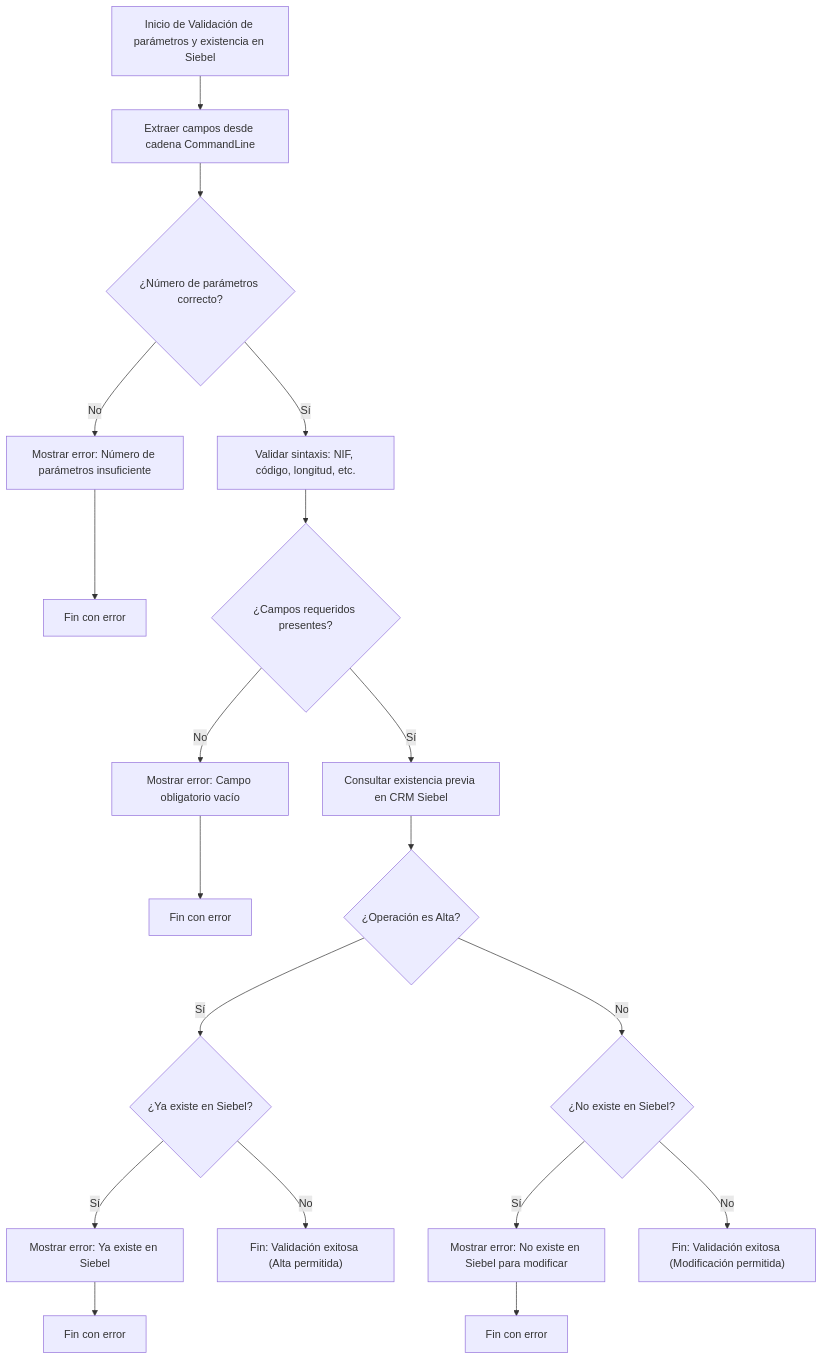
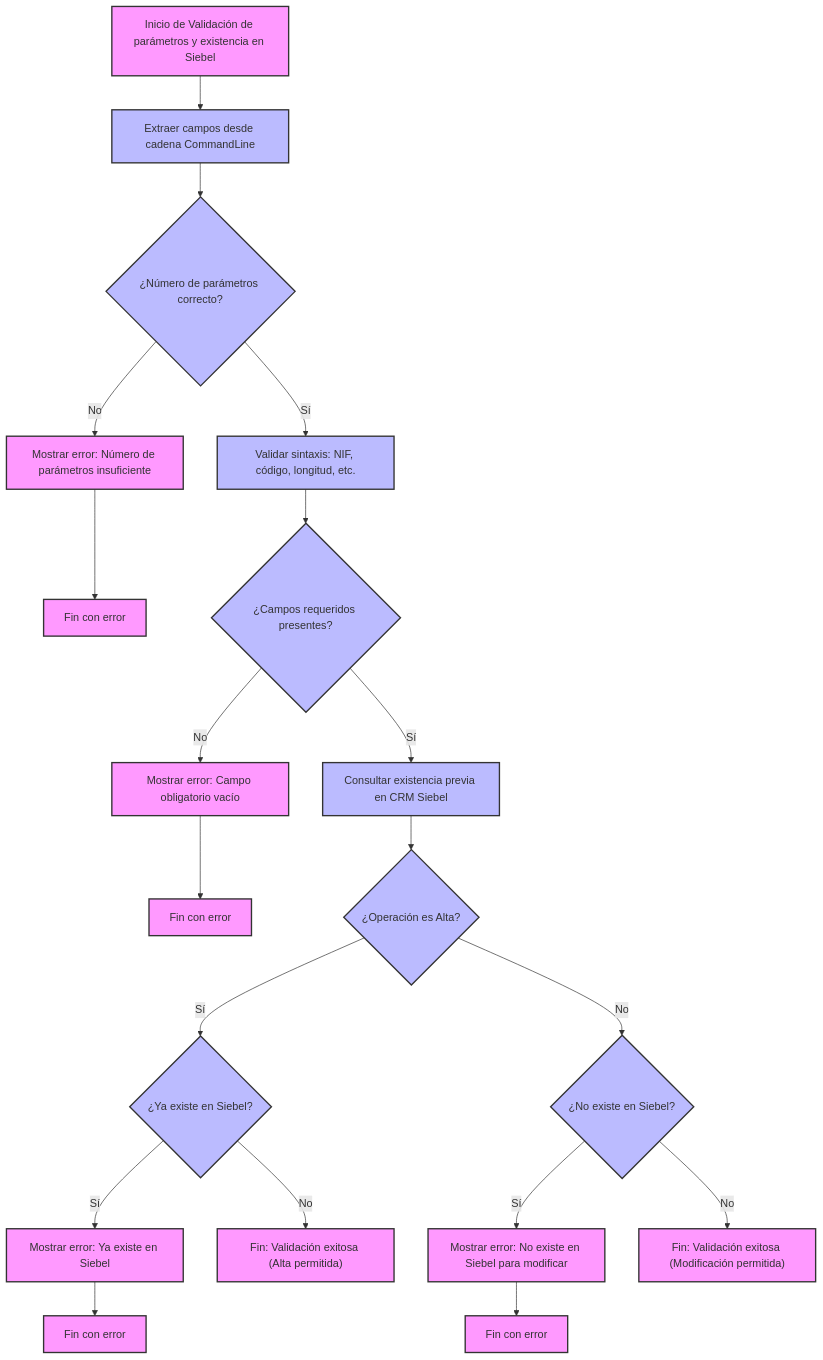
The diagram in readmeValidarParametros.md (pepices/PBLEntradaUnica), drawn with Mermaid before and after one commit. The commit also changed other lines of this file, not shown here.

Commit message:
Restore original validation flow in Mermaid diagram with improved styling

````diff
--- a/readmeValidarParametros.md
+++ b/readmeValidarParametros.md
@@ -9,25 +9,30 @@
 ```mermaid
 flowchart TD
-    Start["Inicio de Validación de parámetros y existencia en Siebel"]
-    Start --> ParseParams["Extraer campos desde cadena CommandLine"]
+    Start["Inicio de Validación de parámetros y existencia en Siebel"] --> ParseParams["Extraer campos desde cadena CommandLine"]
     ParseParams --> CheckCount{"¿Número de parámetros correcto?"}
     CheckCount -- No --> ErrorCount["Mostrar error: Número de parámetros insuficiente"]
     ErrorCount --> EndErr1["Fin con error"]
 
     CheckCount -- Sí --> ValidateSyntax["Validar sintaxis: NIF, código, longitud, etc."]
     ValidateSyntax --> CheckFields{"¿Campos requeridos presentes?"}
     CheckFields -- No --> ErrorFields["Mostrar error: Campo obligatorio vacío"]
     ErrorFields --> EndErr2["Fin con error"]
 
     CheckFields -- Sí --> CheckSiebel["Consultar existencia previa en CRM Siebel"]
     CheckSiebel --> IsAlta{"¿Operación es Alta?"}
     IsAlta -- Sí --> ExistsAlta{"¿Ya existe en Siebel?"}
     ExistsAlta -- Sí --> ErrorAlta["Mostrar error: Ya existe en Siebel"]
     ErrorAlta --> EndErr3["Fin con error"]
     ExistsAlta -- No --> EndOk1["Fin: Validación exitosa (Alta permitida)"]
 
     IsAlta -- No --> ExistsMod{"¿No existe en Siebel?"}
     ExistsMod -- Sí --> ErrorMod["Mostrar error: No existe en Siebel para modificar"]
     ErrorMod --> EndErr4["Fin con error"]
     ExistsMod -- No --> EndOk2["Fin: Validación exitosa (Modificación permitida)"]
+
+    %% Estilo de cajas
+    classDef default fill:#f9f,stroke:#333,stroke-width:2px;
+    classDef validation fill:#bbf,stroke:#333,stroke-width:2px;
+    class Start,EndErr1,EndErr2,EndErr3,EndErr4,EndOk1,EndOk2 default;
+    class ParseParams,CheckCount,ValidateSyntax,CheckFields,CheckSiebel,IsAlta,ExistsAlta,ExistsMod validation;
 ```
````
